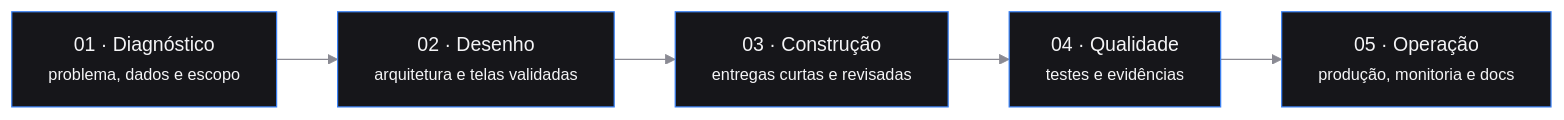
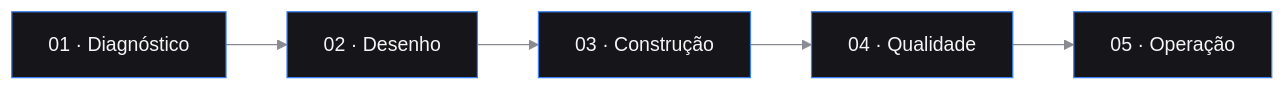
The diagram in profile/README.md (Datariun/.github), drawn with Mermaid before and after one commit. The commit also changed other lines of this file, not shown here.

Commit message:
docs(perfil): adiciona Bruno Galvão aos sócios e corrige o diagrama
Claude-Session: https://claude.ai/code/session_01BBBWs6vE9NZHr3gxYnH2Nw

````diff
--- a/profile/README.md
+++ b/profile/README.md
@@ -75,8 +75,5 @@
 ```mermaid
-%%{init: {'theme':'base','themeVariables':{'background':'#0E0E11','primaryColor':'#16161A','primaryTextColor':'#F5F5F7','primaryBorderColor':'#3B82F6','lineColor':'#8A8A93','fontFamily':'Manrope, Inter, sans-serif'}}}%%
+%%{init: {'theme':'base','themeVariables':{'background':'#0E0E11','primaryColor':'#16161A','primaryTextColor':'#F5F5F7','primaryBorderColor':'#3B82F6','lineColor':'#8A8A93'}}}%%
 flowchart LR
-  A["01 · Diagnóstico<br/><small>problema, dados e escopo</small>"] --> B["02 · Desenho<br/><small>arquitetura e telas validadas</small>"]
-  B --> C["03 · Construção<br/><small>entregas curtas e revisadas</small>"]
-  C --> D["04 · Qualidade<br/><small>testes e evidências</small>"]
-  D --> E["05 · Operação<br/><small>produção, monitoria e docs</small>"]
+  A["01 · Diagnóstico"] --> B["02 · Desenho"] --> C["03 · Construção"] --> D["04 · Qualidade"] --> E["05 · Operação"]
 ```
````
